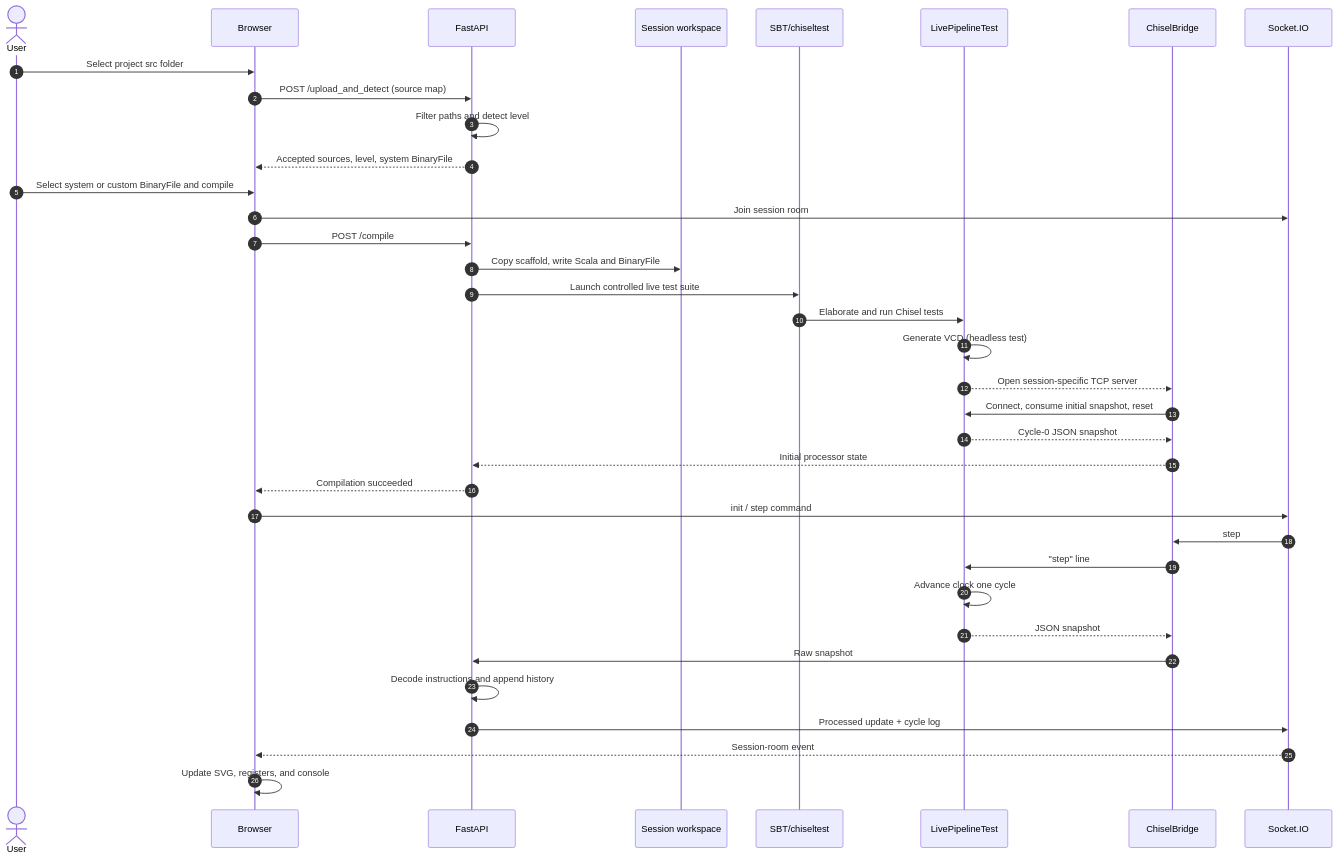
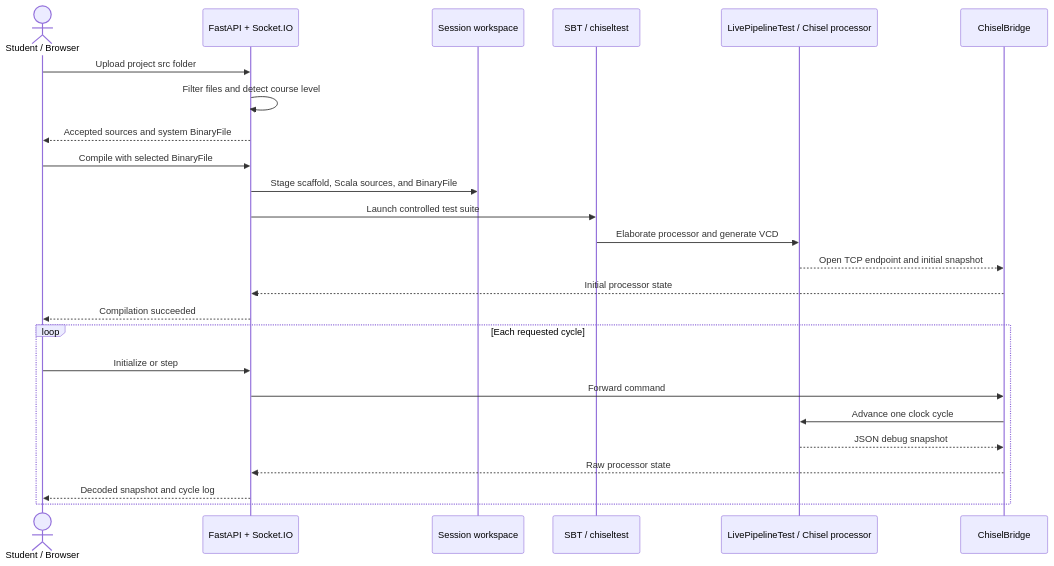
One commit to joelsanchez17/ADS-Workspace changed the diagram in RISCV-pipeline-vizualizer/docs/report/assets/source/execution_sequence.mmd. Above: the diagram before and after it, drawn with Mermaid. The commit also changed 33 other files, not shown here.

```diff
--- a/RISCV-pipeline-vizualizer/docs/report/assets/source/execution_sequence.mmd
+++ b/RISCV-pipeline-vizualizer/docs/report/assets/source/execution_sequence.mmd
@@ -1,37 +1,27 @@
+%%{init: {"themeVariables": {"fontSize": "18px", "fontFamily": "Arial"}, "sequence": {"actorFontSize": 18, "messageFontSize": 17}}}%%
 sequenceDiagram
-    autonumber
-    actor User
-    participant Browser
-    participant API as FastAPI
+    actor Browser as Student / Browser
+    participant Backend as FastAPI + Socket.IO
     participant Session as Session workspace
-    participant SBT as SBT/chiseltest
-    participant Test as LivePipelineTest
+    participant Build as SBT / chiseltest
+    participant Processor as LivePipelineTest / Chisel processor
     participant Bridge as ChiselBridge
-    participant WS as Socket.IO
 
-    User->>Browser: Select project src folder
-    Browser->>API: POST /upload_and_detect (source map)
-    API->>API: Filter paths and detect level
-    API-->>Browser: Accepted sources, level, system BinaryFile
-    User->>Browser: Select system or custom BinaryFile and compile
-    Browser->>WS: Join session room
-    Browser->>API: POST /compile
-    API->>Session: Copy scaffold, write Scala and BinaryFile
-    API->>SBT: Launch controlled live test suite
-    SBT->>Test: Elaborate and run Chisel tests
-    Test->>Test: Generate VCD (headless test)
-    Test-->>Bridge: Open session-specific TCP server
-    Bridge->>Test: Connect, consume initial snapshot, reset
-    Test-->>Bridge: Cycle-0 JSON snapshot
-    Bridge-->>API: Initial processor state
-    API-->>Browser: Compilation succeeded
-    Browser->>WS: init / step command
-    WS->>Bridge: step
-    Bridge->>Test: "step" line
-    Test->>Test: Advance clock one cycle
-    Test-->>Bridge: JSON snapshot
-    Bridge->>API: Raw snapshot
-    API->>API: Decode instructions and append history
-    API->>WS: Processed update + cycle log
-    WS-->>Browser: Session-room event
-    Browser->>Browser: Update SVG, registers, and console
+    Browser->>Backend: Upload project src folder
+    Backend->>Backend: Filter files and detect course level
+    Backend-->>Browser: Accepted sources and system BinaryFile
+    Browser->>Backend: Compile with selected BinaryFile
+    Backend->>Session: Stage scaffold, Scala sources, and BinaryFile
+    Backend->>Build: Launch controlled test suite
+    Build->>Processor: Elaborate processor and generate VCD
+    Processor-->>Bridge: Open TCP endpoint and initial snapshot
+    Bridge-->>Backend: Initial processor state
+    Backend-->>Browser: Compilation succeeded
+    loop Each requested cycle
+        Browser->>Backend: Initialize or step
+        Backend->>Bridge: Forward command
+        Bridge->>Processor: Advance one clock cycle
+        Processor-->>Bridge: JSON debug snapshot
+        Bridge-->>Backend: Raw processor state
+        Backend-->>Browser: Decoded snapshot and cycle log
+    end
```
